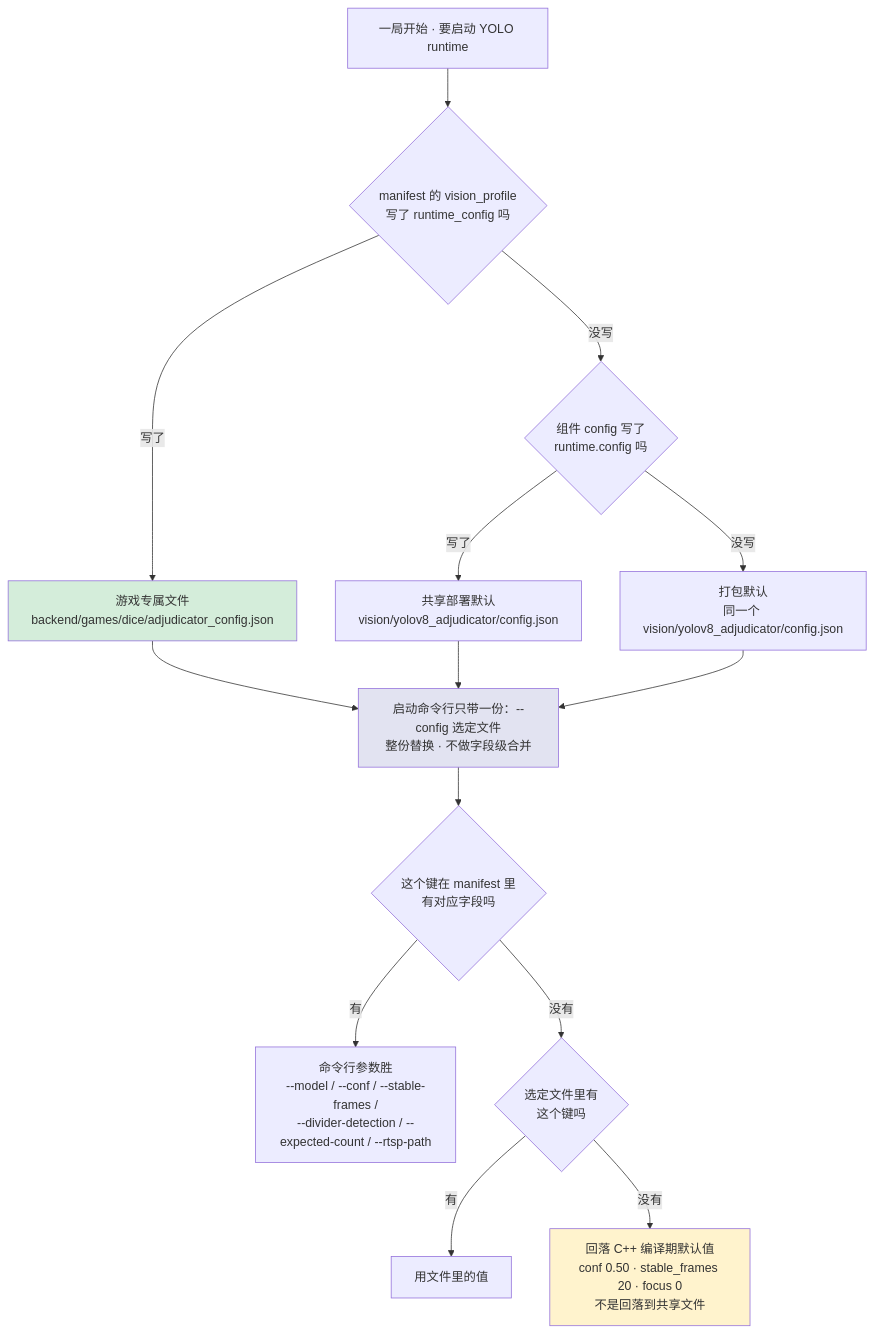
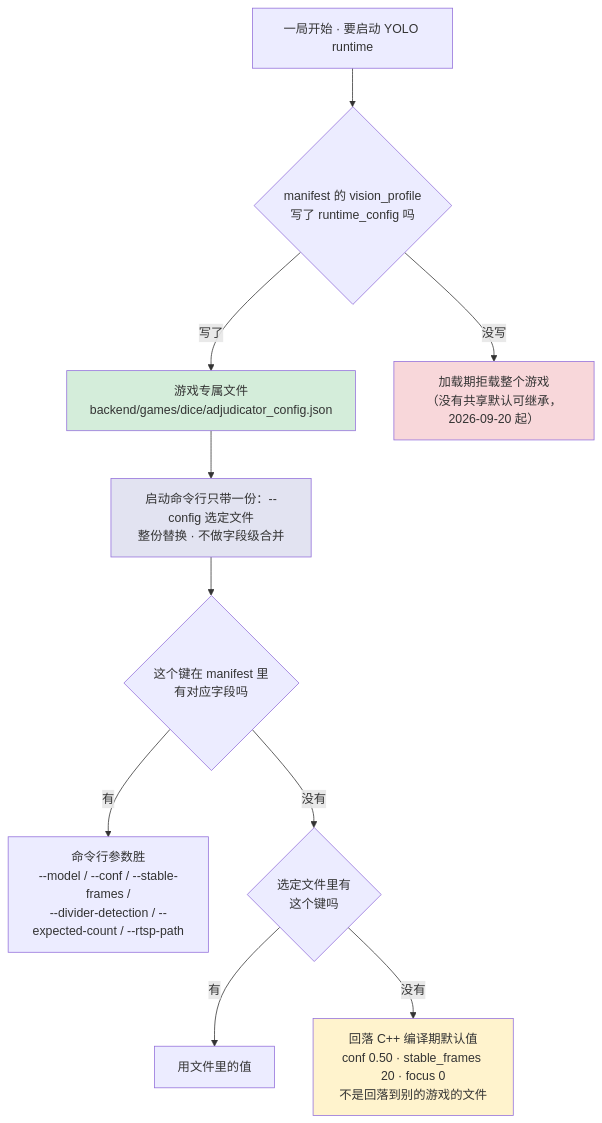
Before and after one commit to Fitz8863/spacemitk3-dice_demo: the second of 2 diagrams in FRAMEWORK_DISPATCH.md, drawn with Mermaid. The commit also changed other lines of this file and 22 other files, not shown here.

First line of the commit message:
refactor(vision): 删除共享部署默认——runtime 硬件配置收敛为每游戏一份、必填声明

````diff
--- a/FRAMEWORK_DISPATCH.md
+++ b/FRAMEWORK_DISPATCH.md
@@ -156,23 +154,20 @@
 ```mermaid
 flowchart TD
     START["一局开始 · 要启动 YOLO runtime"] --> Q1{"manifest 的 vision_profile<br/>写了 runtime_config 吗"}
     Q1 -->|写了| F1["游戏专属文件<br/>backend/games/dice/adjudicator_config.json"]
-    Q1 -->|没写| Q2{"组件 config 写了<br/>runtime.config 吗"}
-    Q2 -->|写了| F2["共享部署默认<br/>vision/yolov8_adjudicator/config.json"]
-    Q2 -->|没写| F3["打包默认<br/>同一个 vision/yolov8_adjudicator/config.json"]
+    Q1 -->|没写| REJECT["加载期拒载整个游戏<br/>（没有共享默认可继承，2026-09-20 起）"]
 
     F1 --> LAUNCH
-    F2 --> LAUNCH
-    F3 --> LAUNCH
 
     LAUNCH["启动命令行只带一份：--config 选定文件<br/>整份替换 · 不做字段级合并"] --> Q3{"这个键在 manifest 里<br/>有对应字段吗"}
 
     Q3 -->|有| WIN1["命令行参数胜<br/>--model / --conf / --stable-frames /<br/>--divider-detection / --expected-count / --rtsp-path"]
     Q3 -->|没有| Q4{"选定文件里有<br/>这个键吗"}
     Q4 -->|有| WIN2["用文件里的值"]
-    Q4 -->|没有| WIN3["回落 C++ 编译期默认值<br/>conf 0.50 · stable_frames 20 · focus 0<br/>不是回落到共享文件"]
+    Q4 -->|没有| WIN3["回落 C++ 编译期默认值<br/>conf 0.50 · stable_frames 20 · focus 0<br/>不是回落到别的游戏的文件"]
 
     style F1 fill:#d4edda
     style LAUNCH fill:#e2e3f1
     style WIN3 fill:#fff3cd
+    style REJECT fill:#f8d7da
 ```
````
